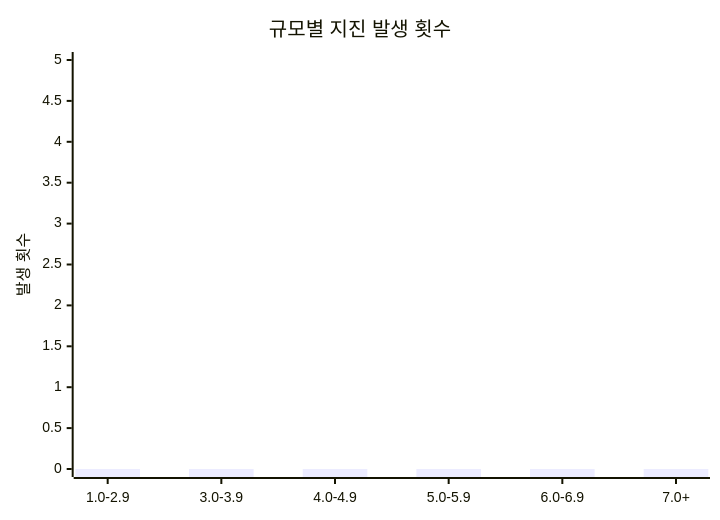
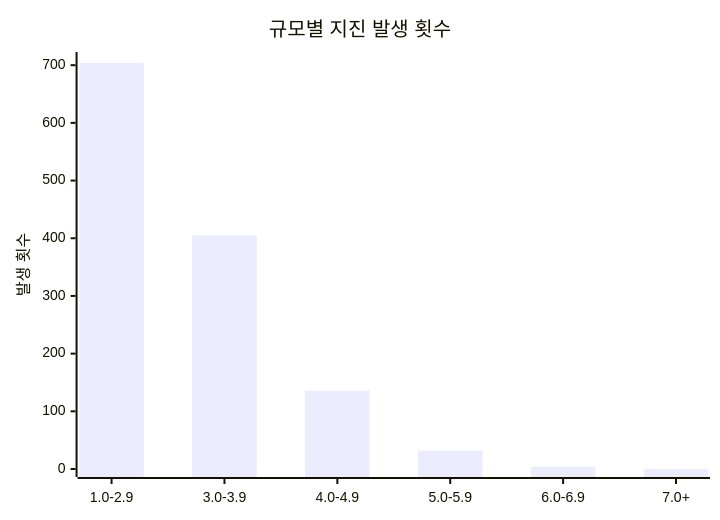
The diagram in charts/magnitude-chart.md (serendip811/japan-eq), drawn with Mermaid before and after one commit. The commit also changed other lines of this file and 4 other files, not shown here.

Commit message:
Update earthquake data and charts Fri Jul  4 06:13:18 UTC 2025

````diff
--- a/charts/magnitude-chart.md
+++ b/charts/magnitude-chart.md
@@ -3,7 +3,7 @@
 ```mermaid
 xychart-beta
     title "규모별 지진 발생 횟수"
     x-axis [1.0-2.9, 3.0-3.9, 4.0-4.9, 5.0-5.9, 6.0-6.9, 7.0+]
-    y-axis "발생 횟수" 0 --> 5
-    bar [0, 0, 0, 0, 0, 0]
+    y-axis "발생 횟수" 0 --> 709
+    bar [704, 405, 136, 32, 4, 0]
 ```
````
